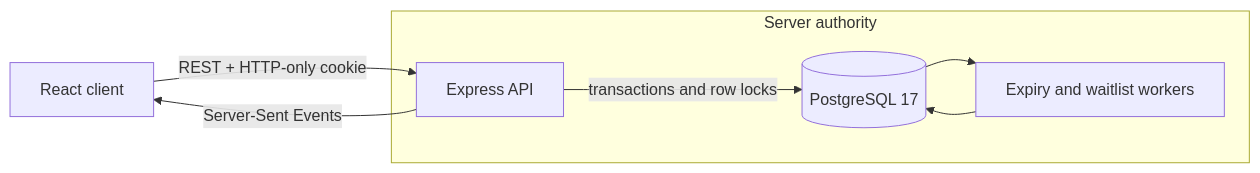
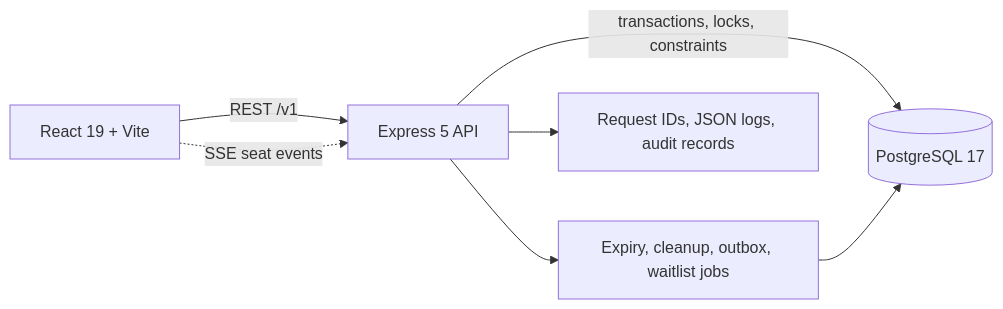
The first of 3 diagrams in README.md (Timeregularity/LeaseLock), drawn with Mermaid before and after one commit. The commit also changed other lines of this file, not shown here.

````diff
--- a/README.md
+++ b/README.md
@@ -92,14 +60,9 @@
 ```mermaid
 flowchart LR
-    Browser[React client] -->|REST + HTTP-only cookie| API[Express API]
-    API -->|transactions and row locks| DB[(PostgreSQL 17)]
-    DB --> Worker[Expiry and waitlist workers]
-    API -->|Server-Sent Events| Browser
-    Worker --> DB
-
-    subgraph Authority["Server authority"]
-      API
-      Worker
-      DB
-    end
+    UI[React 19 + Vite] -->|REST /v1| API[Express 5 API]
+    UI -.->|SSE seat events| API
+    API -->|transactions, locks, constraints| DB[(PostgreSQL 17)]
+    API --> Jobs[Expiry, cleanup, outbox, waitlist jobs]
+    Jobs --> DB
+    API --> Logs[Request IDs, JSON logs, audit records]
 ```
````
